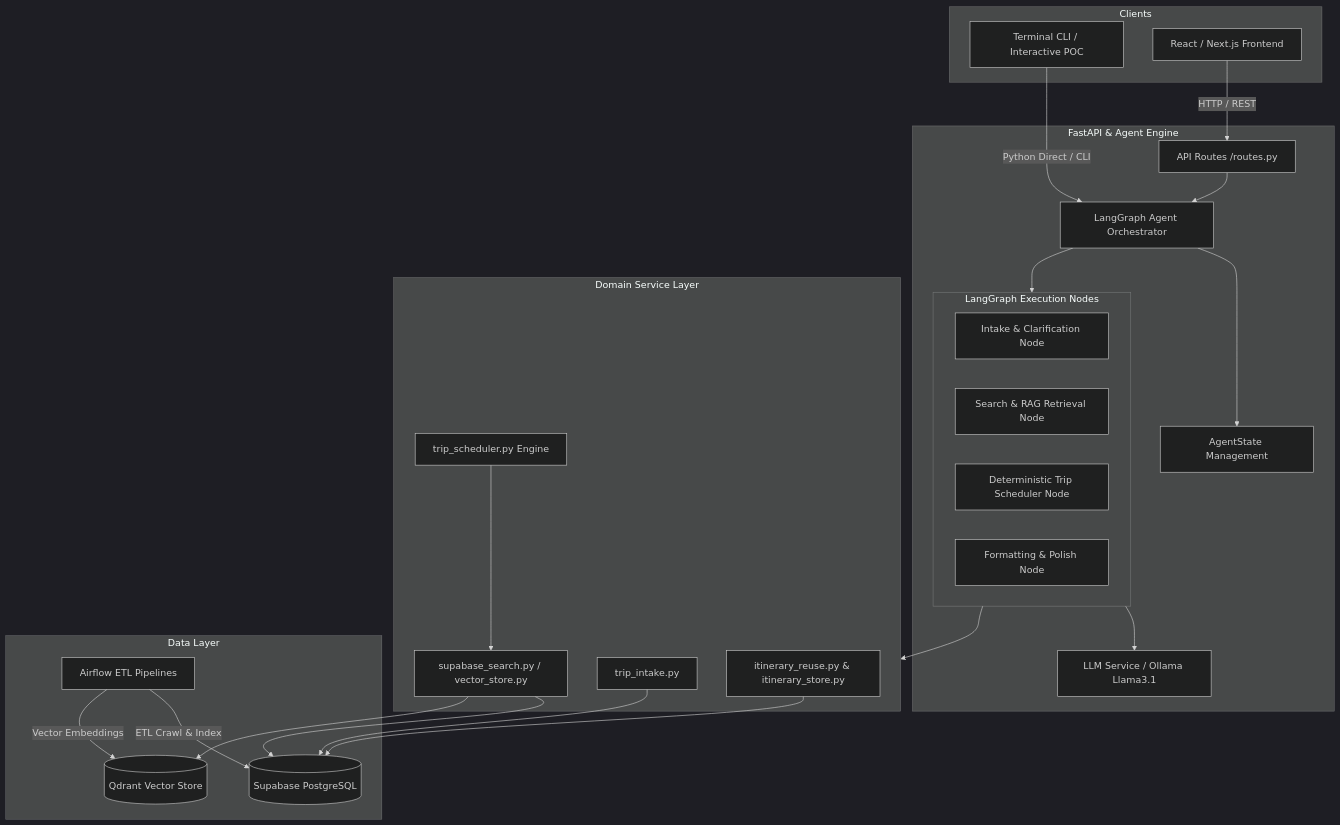
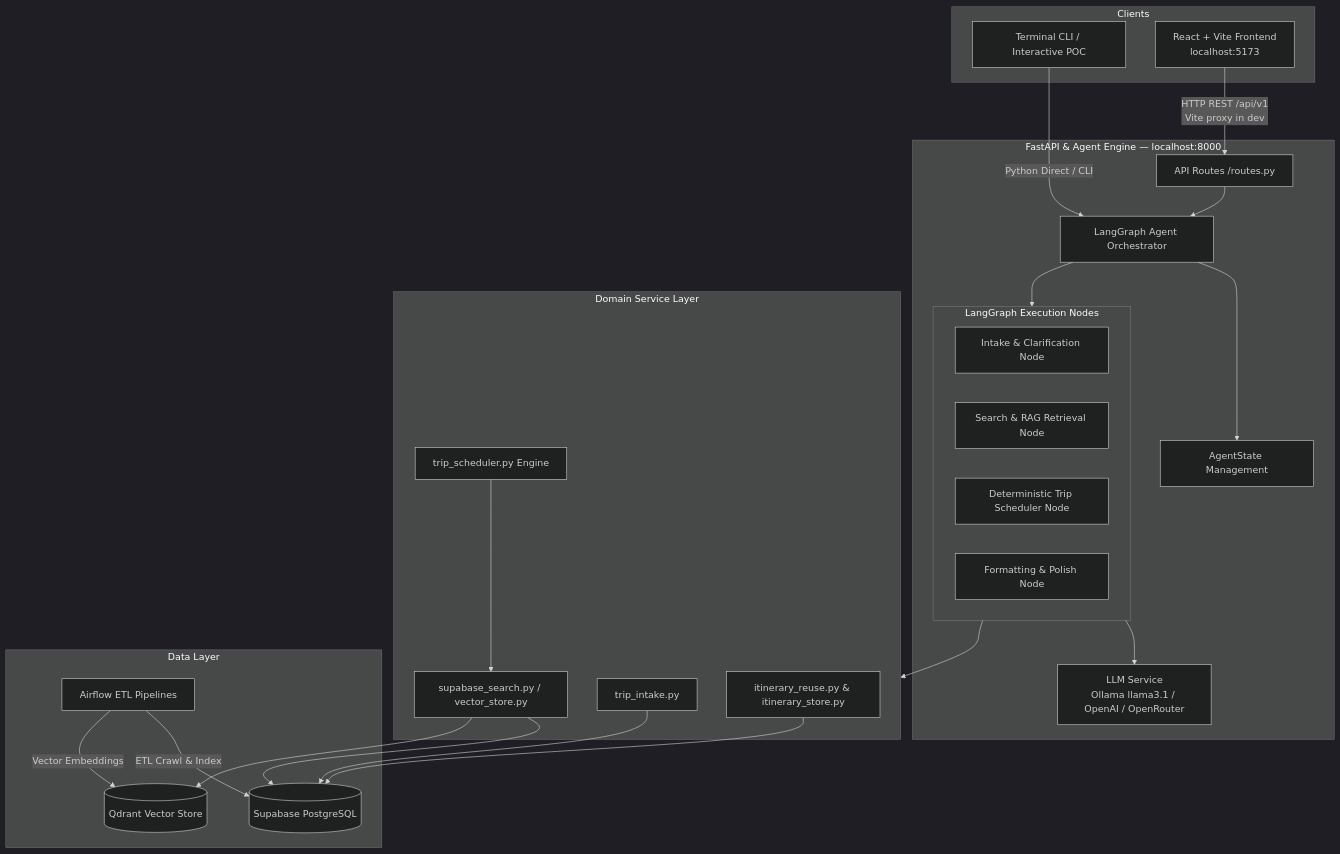
Before and after one commit to 0infinitive0/VSF-Intern-project: the first of 2 diagrams in ARCHITECTURE.md, drawn with Mermaid (dark theme). The commit also changed other lines of this file and 12 other files, not shown here.

````diff
--- a/ARCHITECTURE.md
+++ b/ARCHITECTURE.md
@@ -9,50 +9,50 @@
 ```mermaid
 graph TB
     subgraph Clients
         CLI[Terminal CLI / Interactive POC]
-        UI[React / Next.js Frontend]
+        UI[React + Vite Frontend<br/>localhost:5173]
     end
 
-    subgraph Backend[FastAPI & Agent Engine]
+    subgraph Backend[FastAPI & Agent Engine — localhost:8000]
         API[API Routes /routes.py]
         Agent[LangGraph Agent Orchestrator]
         State[AgentState Management]
-        LLM[LLM Service / Ollama Llama3.1]
+        LLM[LLM Service<br/>Ollama llama3.1 / OpenAI / OpenRouter]
         
         subgraph Nodes[LangGraph Execution Nodes]
             IntakeNode[Intake & Clarification Node]
             RetrievalNode[Search & RAG Retrieval Node]
             SchedulerNode[Deterministic Trip Scheduler Node]
             RespondNode[Formatting & Polish Node]
         end
     end
 
     subgraph Services[Domain Service Layer]
         IntakeSvc[trip_intake.py]
         SearchSvc[supabase_search.py / vector_store.py]
         ReuseSvc[itinerary_reuse.py & itinerary_store.py]
         SchedSvc[trip_scheduler.py Engine]
     end
 
     subgraph Data[Data Layer]
         DB[(Supabase PostgreSQL)]
         Qdrant[(Qdrant Vector Store)]
         Airflow[Airflow ETL Pipelines]
     end
 
     CLI -->|Python Direct / CLI| Agent
-    UI -->|HTTP / REST| API
+    UI -->|HTTP REST /api/v1<br/>Vite proxy in dev| API
     API --> Agent
     Agent --> State
     Agent --> Nodes
     Nodes --> LLM
     Nodes --> Services
     
     IntakeSvc --> DB
     SearchSvc --> DB
     SearchSvc --> Qdrant
     ReuseSvc --> DB
     SchedSvc --> SearchSvc
     Airflow -->|ETL Crawl & Index| DB
     Airflow -->|Vector Embeddings| Qdrant
 ```
````
